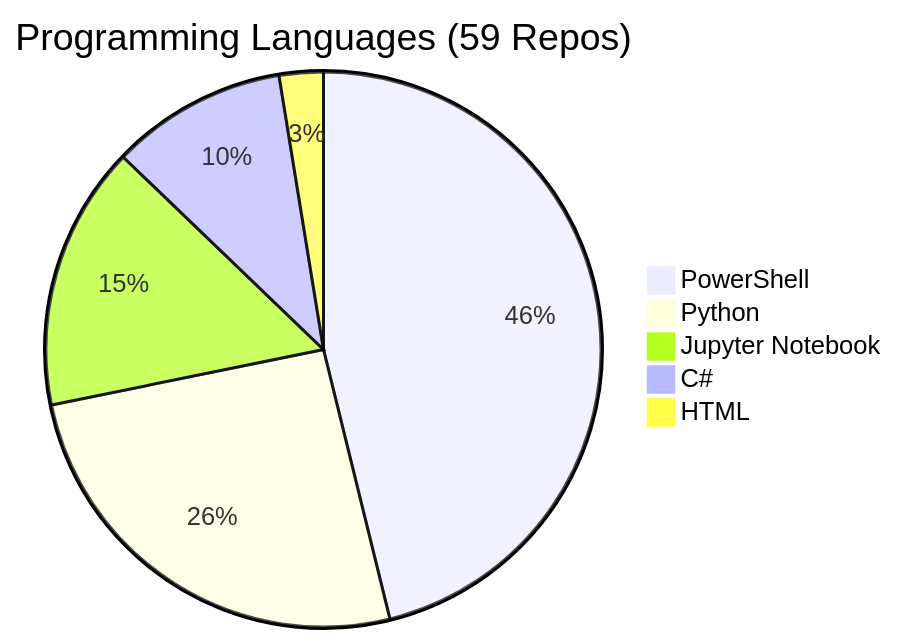
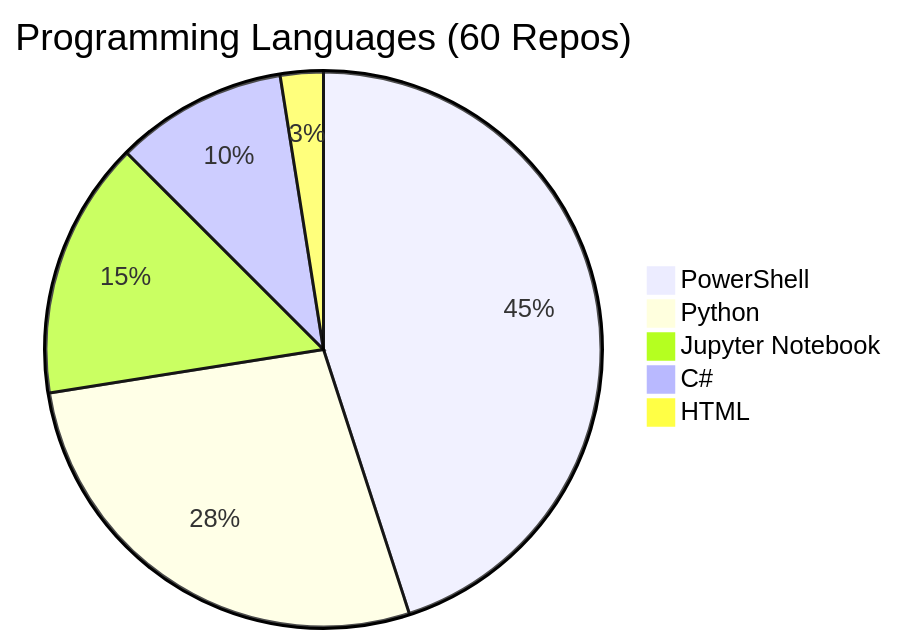
Before and after one commit to fabioc-aloha/fabioc-aloha: the diagram in REPOS.md, drawn with Mermaid. The commit also changed other lines of this file and 1 other file, not shown here.

Commit message:
chore: update repository analysis and REPOS.md

````diff
--- a/REPOS.md
+++ b/REPOS.md
@@ -102,8 +103,8 @@
 ```mermaid
-pie title Programming Languages (59 Repos)
+pie title Programming Languages (60 Repos)
     "PowerShell" : 18
-    "Python" : 10
+    "Python" : 11
     "Jupyter Notebook" : 6
     "C#" : 4
     "HTML" : 1
 ```
````
